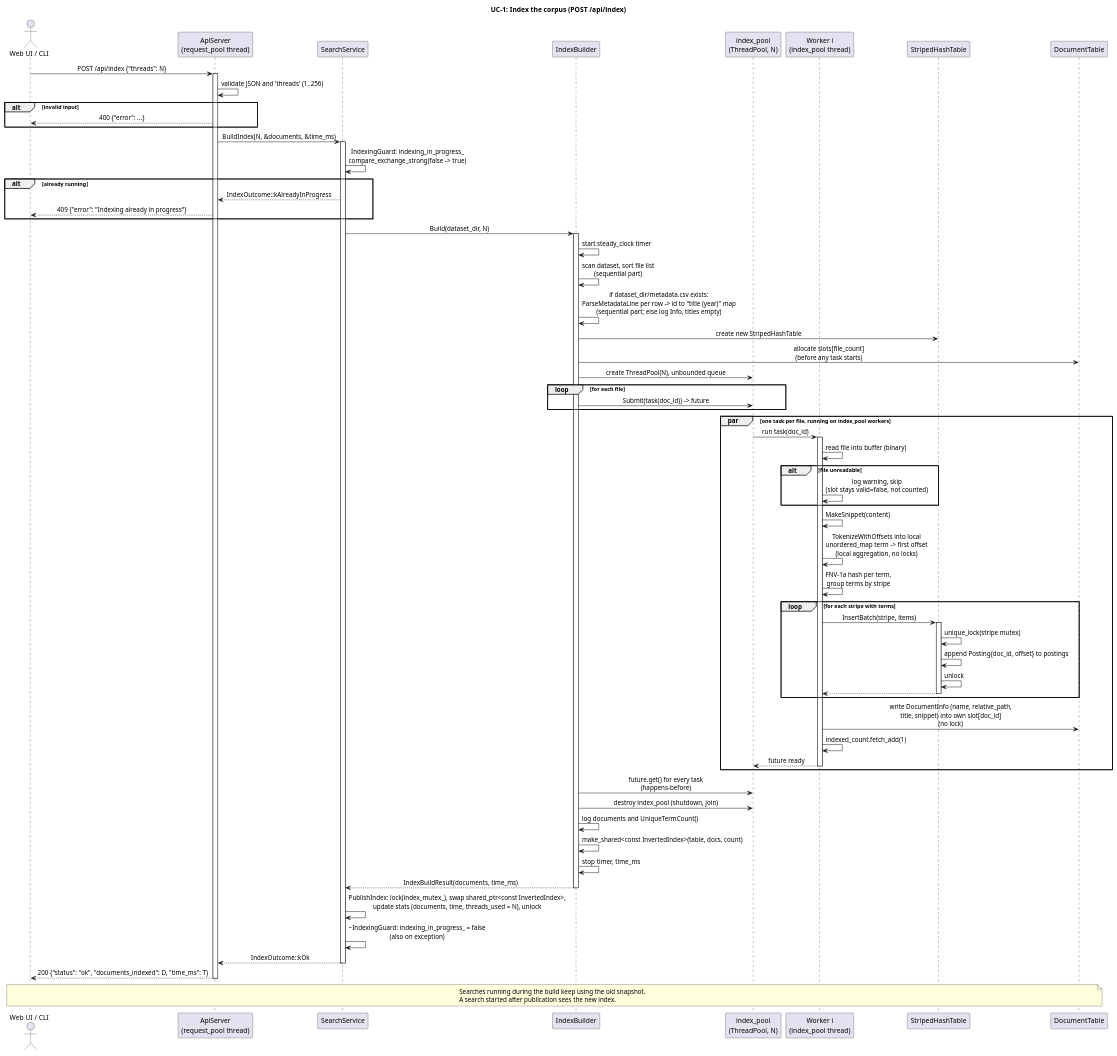
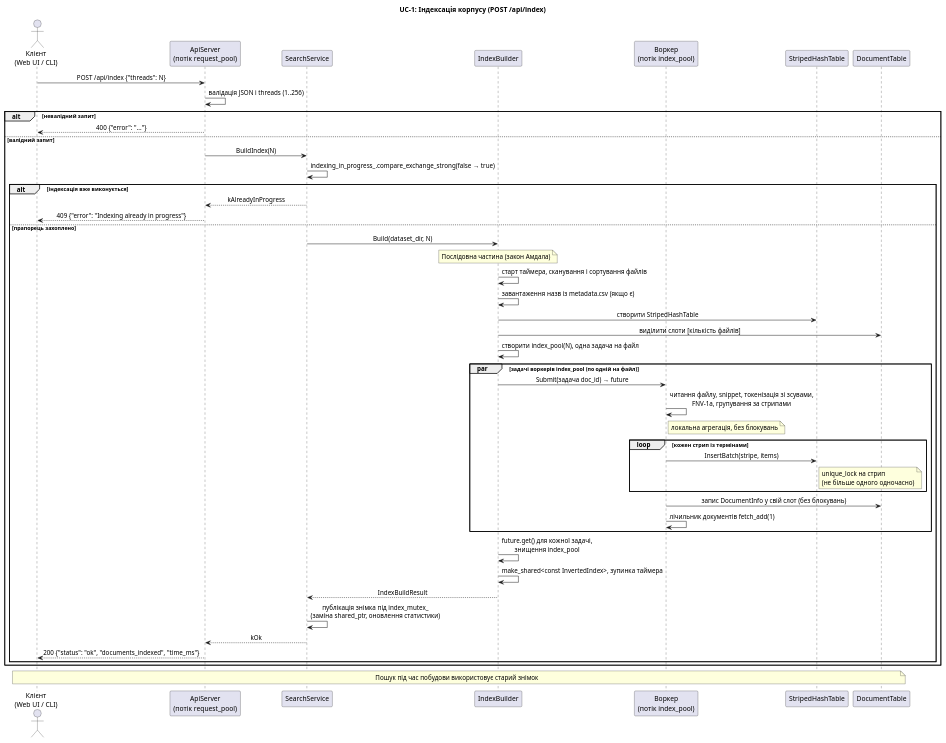
Before and after one commit to DariaMelnyk0206/course_work_parallel_computing: the diagram in docs/uml/sequence_uc1_index.puml, drawn with PlantUML. The commit also changed 14 other files, not shown here.

Commit message:
docs(uml): simplify diagrams and split class diagram

```diff
--- a/docs/uml/sequence_uc1_index.puml
+++ b/docs/uml/sequence_uc1_index.puml
@@ -1,78 +1,51 @@
 @startuml sequence_uc1_index
-title UC-1: Index the corpus (POST /api/index)
+title UC-1: Індексація корпусу (POST /api/index)
 skinparam shadowing false
 skinparam sequenceMessageAlign center
-actor "Web UI / CLI" as Client
-participant "ApiServer\n(request_pool thread)" as Api
+actor "Клієнт\n(Web UI / CLI)" as Client
+participant "ApiServer\n(потік request_pool)" as Api
 participant SearchService as Svc
 participant IndexBuilder as Builder
-participant "index_pool\n(ThreadPool, N)" as Pool
-participant "Worker i\n(index_pool thread)" as Worker
+participant "Воркер\n(потік index_pool)" as Worker
 participant StripedHashTable as Table
 participant DocumentTable as Docs
+
 Client -> Api : POST /api/index {"threads": N}
-activate Api
-Api -> Api : validate JSON and 'threads' (1..256)
-alt invalid input
-  Api --> Client : 400 {"error": ...}
+Api -> Api : валідація JSON і threads (1..256)
+alt невалідний запит
+  Api --> Client : 400 {"error": "..."}
+else валідний запит
+  Api -> Svc : BuildIndex(N)
+  Svc -> Svc : indexing_in_progress_.compare_exchange_strong(false → true)
+  alt індексація вже виконується
+    Svc --> Api : kAlreadyInProgress
+    Api --> Client : 409 {"error": "Indexing already in progress"}
+  else прапорець захоплено
+    Svc -> Builder : Build(dataset_dir, N)
+    note over Builder : Послідовна частина (закон Амдала)
+    Builder -> Builder : старт таймера, сканування і сортування файлів
+    Builder -> Builder : завантаження назв із metadata.csv (якщо є)
+    Builder -> Table : створити StripedHashTable
+    Builder -> Docs : виділити слоти [кількість файлів]
+    Builder -> Builder : створити index_pool(N), одна задача на файл
+    par задачі воркерів index_pool (по одній на файл)
+      Builder -> Worker : Submit(задача doc_id) → future
+      Worker -> Worker : читання файлу, snippet, токенізація зі зсувами,\nFNV-1a, групування за стрипами
+      note right of Worker : локальна агрегація, без блокувань
+      loop кожен стрип із термінами
+        Worker -> Table : InsertBatch(stripe, items)
+        note right of Table : unique_lock на стрип\n(не більше одного одночасно)
+      end
+      Worker -> Docs : запис DocumentInfo у свій слот (без блокувань)
+      Worker -> Worker : лічильник документів fetch_add(1)
+    end
+    Builder -> Builder : future.get() для кожної задачі,\nзнищення index_pool
+    Builder -> Builder : make_shared<const InvertedIndex>, зупинка таймера
+    Builder --> Svc : IndexBuildResult
+    Svc -> Svc : публікація знімка під index_mutex_\n(заміна shared_ptr, оновлення статистики)
+    Svc --> Api : kOk
+    Api --> Client : 200 {"status": "ok", "documents_indexed", "time_ms"}
+  end
 end
-Api -> Svc : BuildIndex(N, &documents, &time_ms)
-activate Svc
-Svc -> Svc : IndexingGuard: indexing_in_progress_\ncompare_exchange_strong(false -> true)
-alt already running
-  Svc --> Api : IndexOutcome::kAlreadyInProgress
-  Api --> Client : 409 {"error": "Indexing already in progress"}
-end
-Svc -> Builder : Build(dataset_dir, N)
-activate Builder
-Builder -> Builder : start steady_clock timer
-Builder -> Builder : scan dataset, sort file list\n(sequential part)
-Builder -> Builder : if dataset_dir/metadata.csv exists:\nParseMetadataLine per row -> id to "title (year)" map\n(sequential part; else log Info, titles empty)
-Builder -> Table : create new StripedHashTable
-Builder -> Docs : allocate slots[file_count]\n(before any task starts)
-Builder -> Pool : create ThreadPool(N), unbounded queue
-loop for each file
-  Builder -> Pool : Submit(task(doc_id)) -> future
-end
-par one task per file, running on index_pool workers
-  Pool -> Worker : run task(doc_id)
-  activate Worker
-  Worker -> Worker : read file into buffer (binary)
-  alt file unreadable
-    Worker -> Worker : log warning, skip\n(slot stays valid=false, not counted)
-  end
-  Worker -> Worker : MakeSnippet(content)
-  Worker -> Worker : TokenizeWithOffsets into local\nunordered_map term -> first offset\n(local aggregation, no locks)
-  Worker -> Worker : FNV-1a hash per term,\ngroup terms by stripe
-  loop for each stripe with terms
-    Worker -> Table : InsertBatch(stripe, items)
-    activate Table
-    Table -> Table : unique_lock(stripe mutex)
-    Table -> Table : append Posting{doc_id, offset} to postings
-    Table -> Table : unlock
-    Table --> Worker
-    deactivate Table
-  end
-  Worker -> Docs : write DocumentInfo (name, relative_path,\ntitle, snippet) into own slot[doc_id]\n(no lock)
-  Worker -> Worker : indexed_count.fetch_add(1)
-  Worker --> Pool : future ready
-  deactivate Worker
-end
-Builder -> Pool : future.get() for every task\n(happens-before)
-Builder -> Pool : destroy index_pool (shutdown, join)
-Builder -> Builder : log documents and UniqueTermCount()
-Builder -> Builder : make_shared<const InvertedIndex>(table, docs, count)
-Builder -> Builder : stop timer, time_ms
-Builder --> Svc : IndexBuildResult(documents, time_ms)
-deactivate Builder
-Svc -> Svc : PublishIndex: lock(index_mutex_), swap shared_ptr<const InvertedIndex>,\nupdate stats (documents, time, threads_used = N), unlock
-Svc -> Svc : ~IndexingGuard: indexing_in_progress_ = false\n(also on exception)
-Svc --> Api : IndexOutcome::kOk
-deactivate Svc
-Api --> Client : 200 {"status": "ok", "documents_indexed": D, "time_ms": T}
-deactivate Api
-note over Client, Docs
-  Searches running during the build keep using the old snapshot.
-  A search started after publication sees the new index.
-end note
+note over Client, Docs : Пошук під час побудови використовує старий знімок
 @enduml
```
